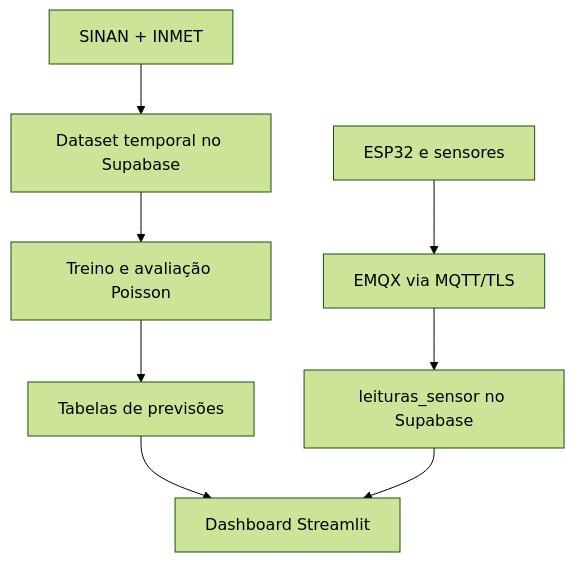
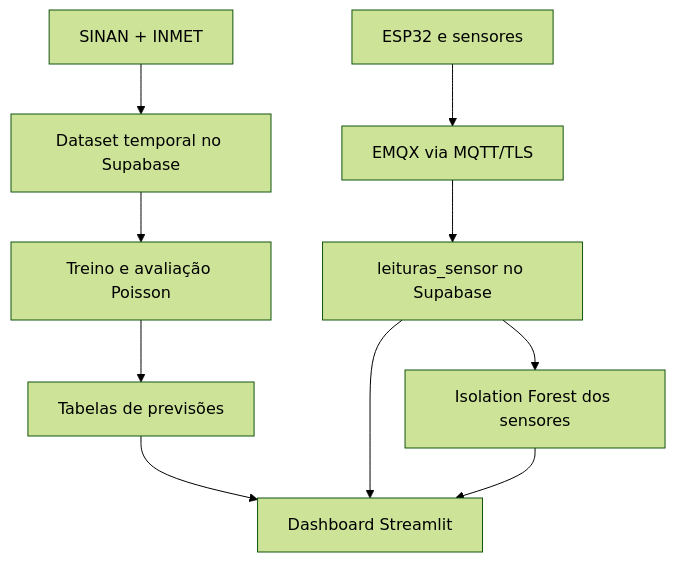
Before and after one commit to samuelfzst-bit/tcc-vigilancia-wbe-iot: the diagram in ARCHITECTURE.md, drawn with Mermaid (forest theme). The commit also changed other lines of this file and 17 other files, not shown here.

````diff
--- a/ARCHITECTURE.md
+++ b/ARCHITECTURE.md
@@ -26,10 +34,12 @@
 ```mermaid
 flowchart TD
     A["SINAN + INMET"] --> B["Dataset temporal no Supabase"]
     B --> C["Treino e avaliação Poisson"]
     C --> D["Tabelas de previsões"]
     E["ESP32 e sensores"] --> F["EMQX via MQTT/TLS"]
     F --> G["leituras_sensor no Supabase"]
+    G --> I["Isolation Forest dos sensores"]
     D --> H["Dashboard Streamlit"]
     G --> H
+    I --> H
 ```
````
